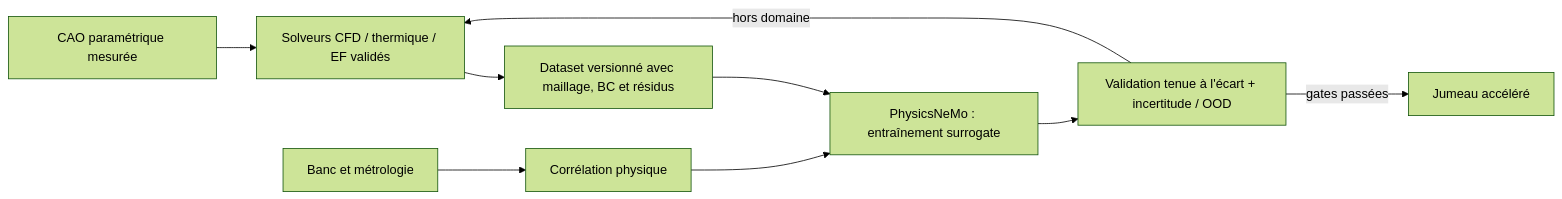
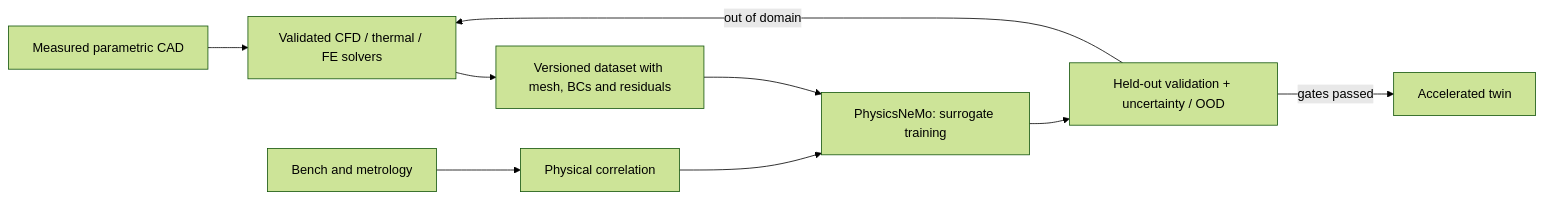
One commit to cluster2600/porscheparts changed the second of 2 diagrams in containers/README.physicsnemo-cae-cu12.md. Above: the diagram before and after it, drawn with Mermaid (forest theme). The commit also changed other lines of this file and 228 other files, not shown here.

````diff
--- a/containers/README.physicsnemo-cae-cu12.md
+++ b/containers/README.physicsnemo-cae-cu12.md
@@ -103,11 +114,11 @@
 ```mermaid
 flowchart LR
-    CAD[CAO paramétrique mesurée] --> SOLVER[Solveurs CFD / thermique / EF validés]
-    SOLVER --> DATA[Dataset versionné avec maillage, BC et résidus]
-    TEST[Banc et métrologie] --> CORR[Corrélation physique]
-    DATA --> TRAIN[PhysicsNeMo : entraînement surrogate]
+    CAD[Measured parametric CAD] --> SOLVER[Validated CFD / thermal / FE solvers]
+    SOLVER --> DATA[Versioned dataset with mesh, BCs and residuals]
+    TEST[Bench and metrology] --> CORR[Physical correlation]
+    DATA --> TRAIN[PhysicsNeMo: surrogate training]
     CORR --> TRAIN
-    TRAIN --> HOLDOUT[Validation tenue à l'écart + incertitude / OOD]
-    HOLDOUT -->|gates passées| TWIN[Jumeau accéléré]
-    HOLDOUT -->|hors domaine| SOLVER
+    TRAIN --> HOLDOUT[Held-out validation + uncertainty / OOD]
+    HOLDOUT -->|gates passed| TWIN[Accelerated twin]
+    HOLDOUT -->|out of domain| SOLVER
 ```
````
